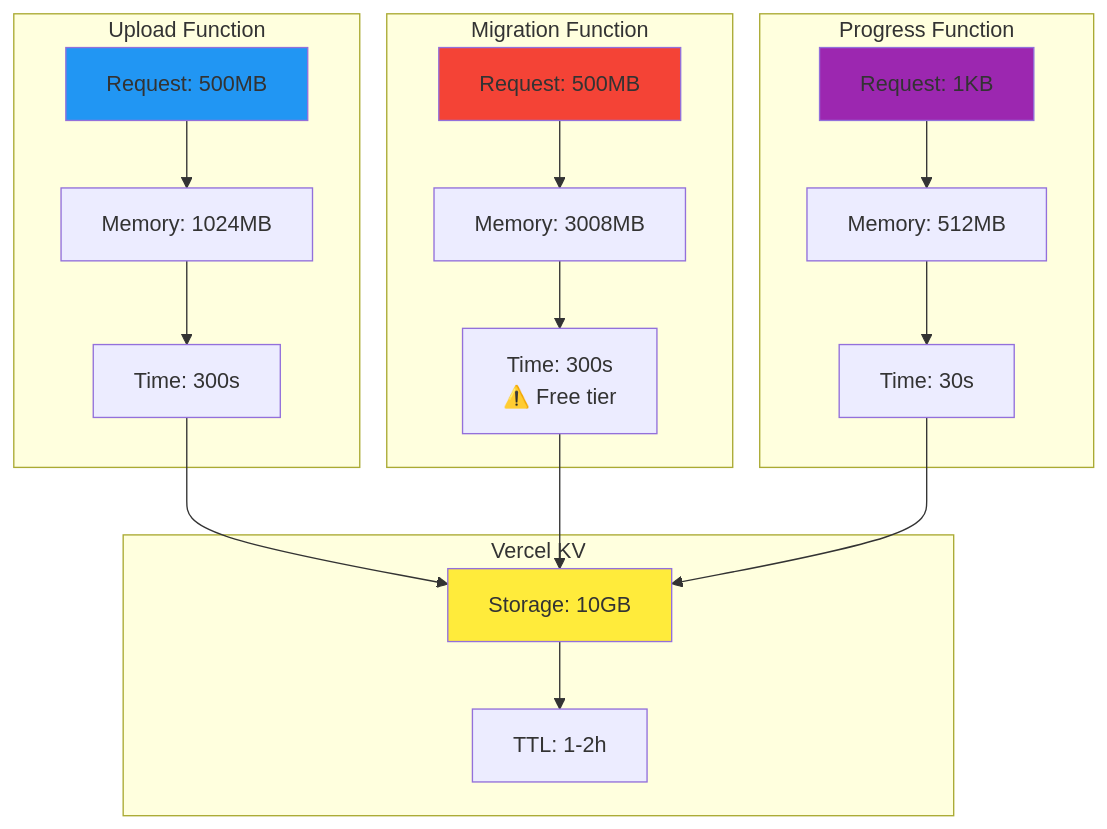
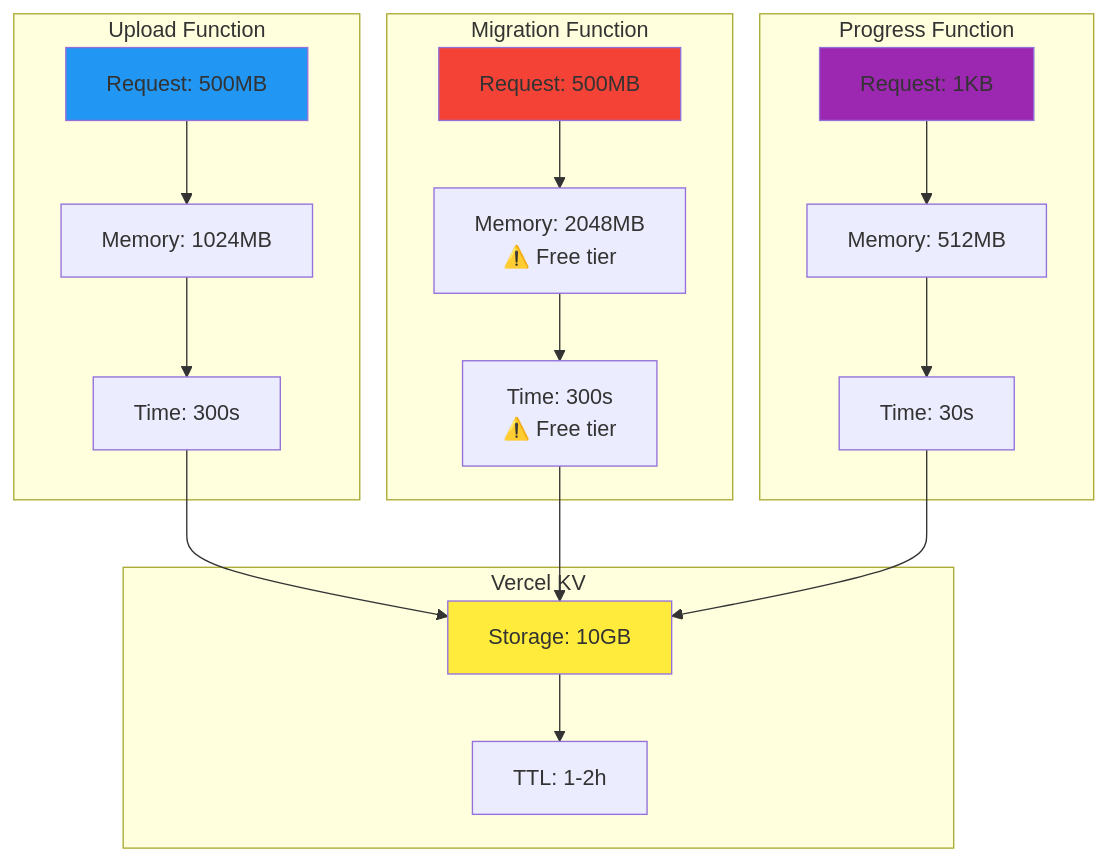
Before and after one commit to CommunityStream-io/flock: the eighth of 8 diagrams in docs/VERCEL_ARCHITECTURE.md, drawn with Mermaid. The commit also changed other lines of this file and 4 other files, not shown here.

Commit message:
Fix: Reduce migrate endpoint memory to 2048MB for Vercel free tier

````diff
--- a/docs/VERCEL_ARCHITECTURE.md
+++ b/docs/VERCEL_ARCHITECTURE.md
@@ -308,41 +308,41 @@
 ```mermaid
 graph TB
     subgraph "Upload Function"
         A[Request: 500MB]
         B[Memory: 1024MB]
         C[Time: 300s]
         A --> B
         B --> C
     end
     
     subgraph "Migration Function"
         D[Request: 500MB]
-        E[Memory: 3008MB]
+        E[Memory: 2048MB<br/>⚠️ Free tier]
         F[Time: 300s<br/>⚠️ Free tier]
         D --> E
         E --> F
     end
     
     subgraph "Progress Function"
         G[Request: 1KB]
         H[Memory: 512MB]
         I[Time: 30s]
         G --> H
         H --> I
     end
     
     subgraph "Vercel KV"
         J[Storage: 10GB]
         K[TTL: 1-2h]
         J --> K
     end
     
     C --> J
     F --> J
     I --> J
     
     style A fill:#2196f3
     style D fill:#f44336
     style G fill:#9c27b0
     style J fill:#ffeb3b
 ```
````
